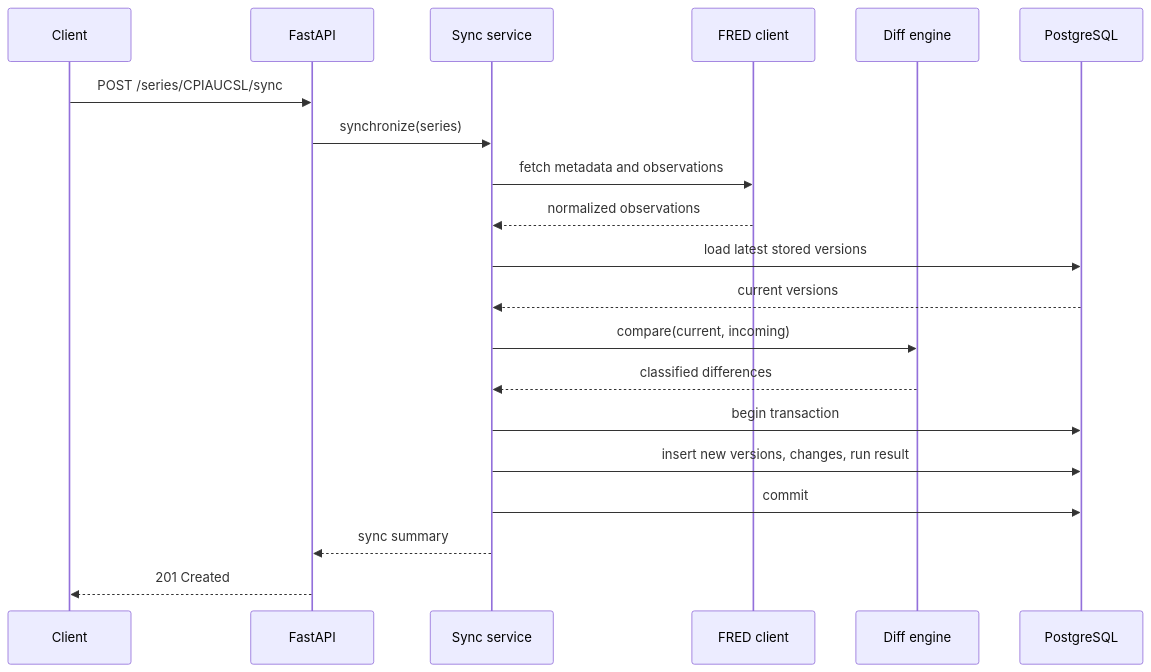
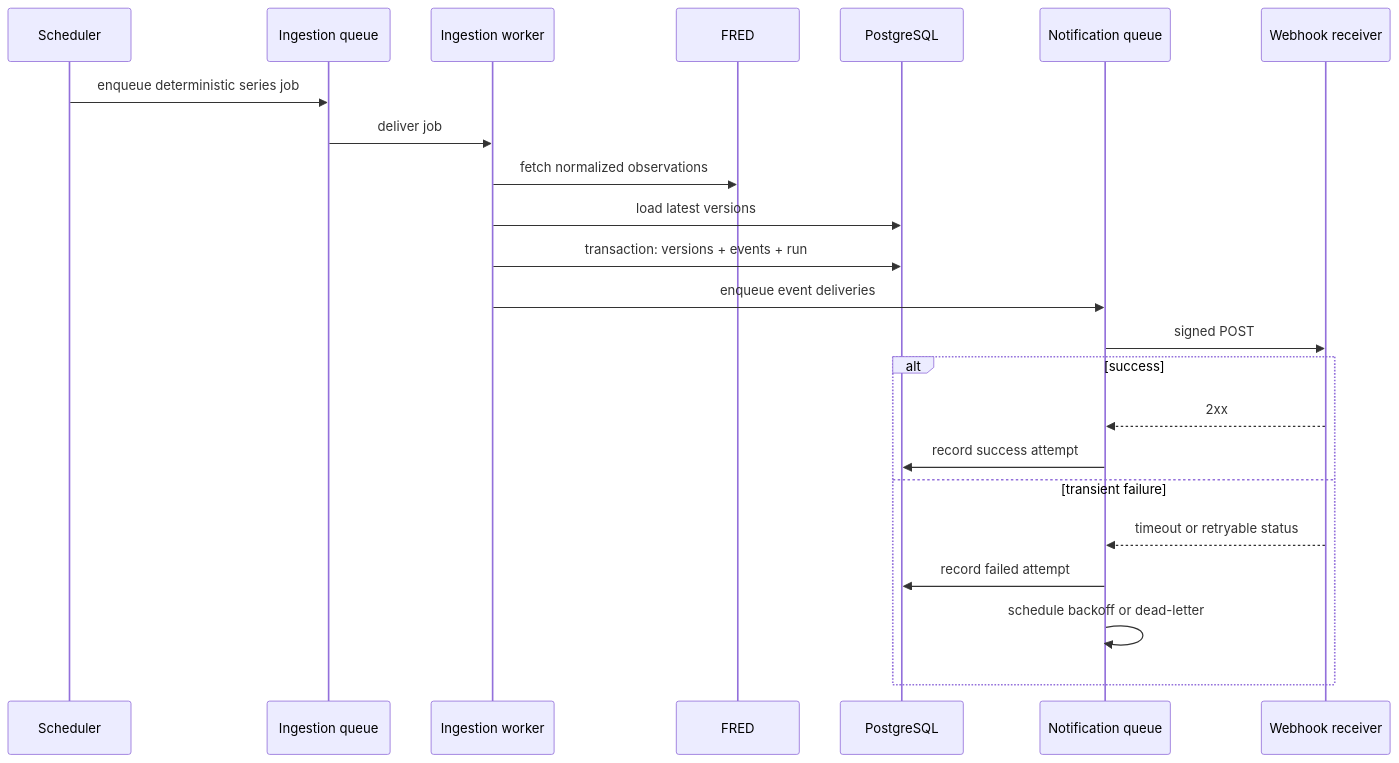
One commit to atharvanaik06/economic-release-tracker changed the second of 3 diagrams in docs/SYSTEM_DESIGN.md. Above: the diagram before and after it, drawn with Mermaid. The commit also changed other lines of this file and 3 other files, not shown here.

````diff
--- a/docs/SYSTEM_DESIGN.md
+++ b/docs/SYSTEM_DESIGN.md
@@ -246,23 +214,26 @@
 ```mermaid
 sequenceDiagram
-    participant C as Client
-    participant A as FastAPI
-    participant S as Sync service
-    participant F as FRED client
-    participant D as Diff engine
-    participant P as PostgreSQL
+    participant S as Scheduler
+    participant Q as Ingestion queue
+    participant W as Ingestion worker
+    participant F as FRED
+    participant D as PostgreSQL
+    participant N as Notification queue
+    participant H as Webhook receiver
 
-    C->>A: POST /series/CPIAUCSL/sync
-    A->>S: synchronize(series)
-    S->>F: fetch metadata and observations
-    F-->>S: normalized observations
-    S->>P: load latest stored versions
-    P-->>S: current versions
-    S->>D: compare(current, incoming)
-    D-->>S: classified differences
-    S->>P: begin transaction
-    S->>P: insert new versions, changes, run result
-    S->>P: commit
-    S-->>A: sync summary
-    A-->>C: 201 Created
+    S->>Q: enqueue deterministic series job
+    Q->>W: deliver job
+    W->>F: fetch normalized observations
+    W->>D: load latest versions
+    W->>D: transaction: versions + events + run
+    W->>N: enqueue event deliveries
+    N->>H: signed POST
+    alt success
+        H-->>N: 2xx
+        N->>D: record success attempt
+    else transient failure
+        H-->>N: timeout or retryable status
+        N->>D: record failed attempt
+        N->>N: schedule backoff or dead-letter
+    end
 ```
````
